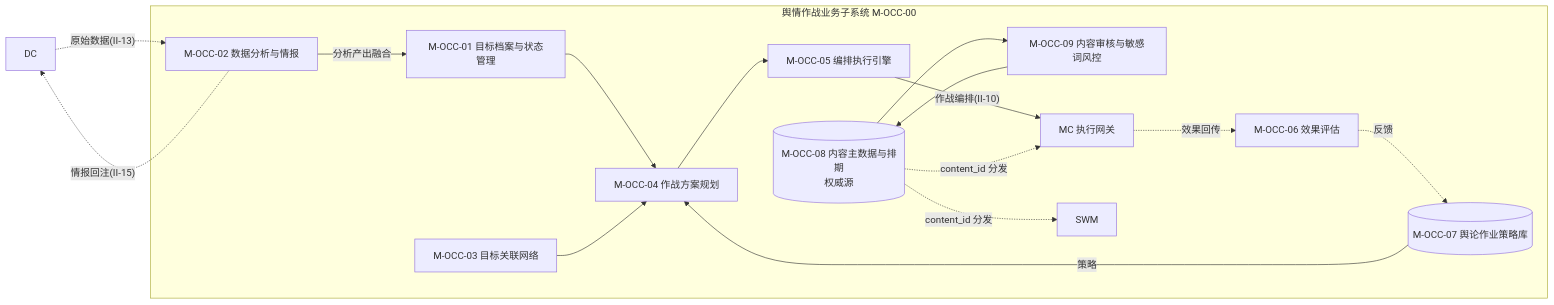
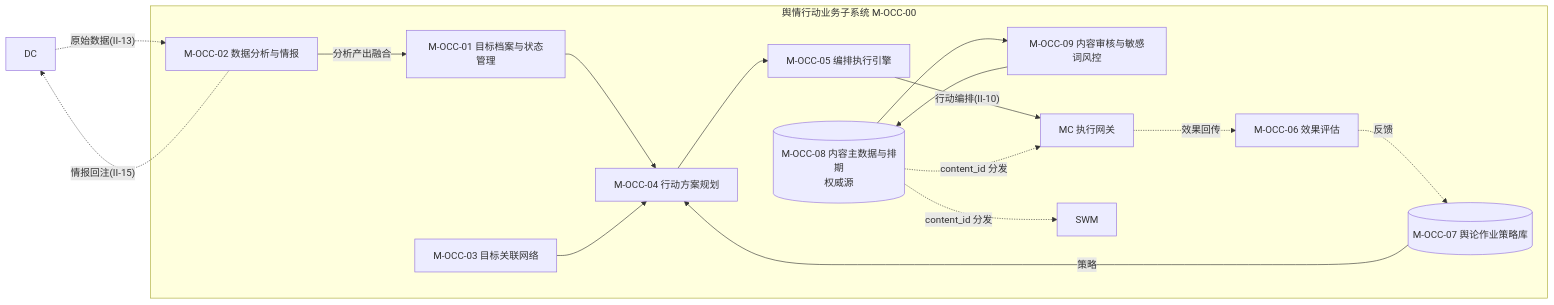
Before and after one commit to Sj-g/obsidian: diagram 14 of 14 in 公司项目/认知作战/文档/软件概要设计说明.md, drawn with Mermaid. The commit also changed other lines of this file and 10 other files, not shown here.

````diff
--- a/公司项目/认知作战/文档/软件概要设计说明.md
+++ b/公司项目/认知作战/文档/软件概要设计说明.md
@@ -593,27 +593,27 @@
 ```mermaid
 flowchart LR
     DC -.->|"原始数据(II-13)"| O0
-    subgraph OCC["舆情作战业务子系统 M-OCC-00"]
+    subgraph OCC["舆情行动业务子系统 M-OCC-00"]
         O0["M-OCC-02 数据分析与情报"]
         O1["M-OCC-01 目标档案与状态管理"]
         O3["M-OCC-03 目标关联网络"]
-        O4["M-OCC-04 作战方案规划"]
+        O4["M-OCC-04 行动方案规划"]
         O5["M-OCC-05 编排执行引擎"]
         O6["M-OCC-06 效果评估"]
         O7[("M-OCC-07 舆论作业策略库")]
         O8[("M-OCC-08 内容主数据与排期<br/>权威源")]
         O9["M-OCC-09 内容审核与敏感词风控"]
         O0 -->|"分析产出融合"| O1
         O1 --> O4
         O3 --> O4
         O7 -->|"策略"| O4
         O4 --> O5
-        O5 -->|"作战编排(II-10)"| MC5["MC 执行网关"]
+        O5 -->|"行动编排(II-10)"| MC5["MC 执行网关"]
         MC5 -.->|"效果回传"| O6
         O6 -.->|"反馈"| O7
         O8 --> O9
         O9 --> O8
         O8 -.->|"content_id 分发"| SWM & MC5
     end
     O0 -.->|"情报回注(II-15)"| DC
 ```
````
